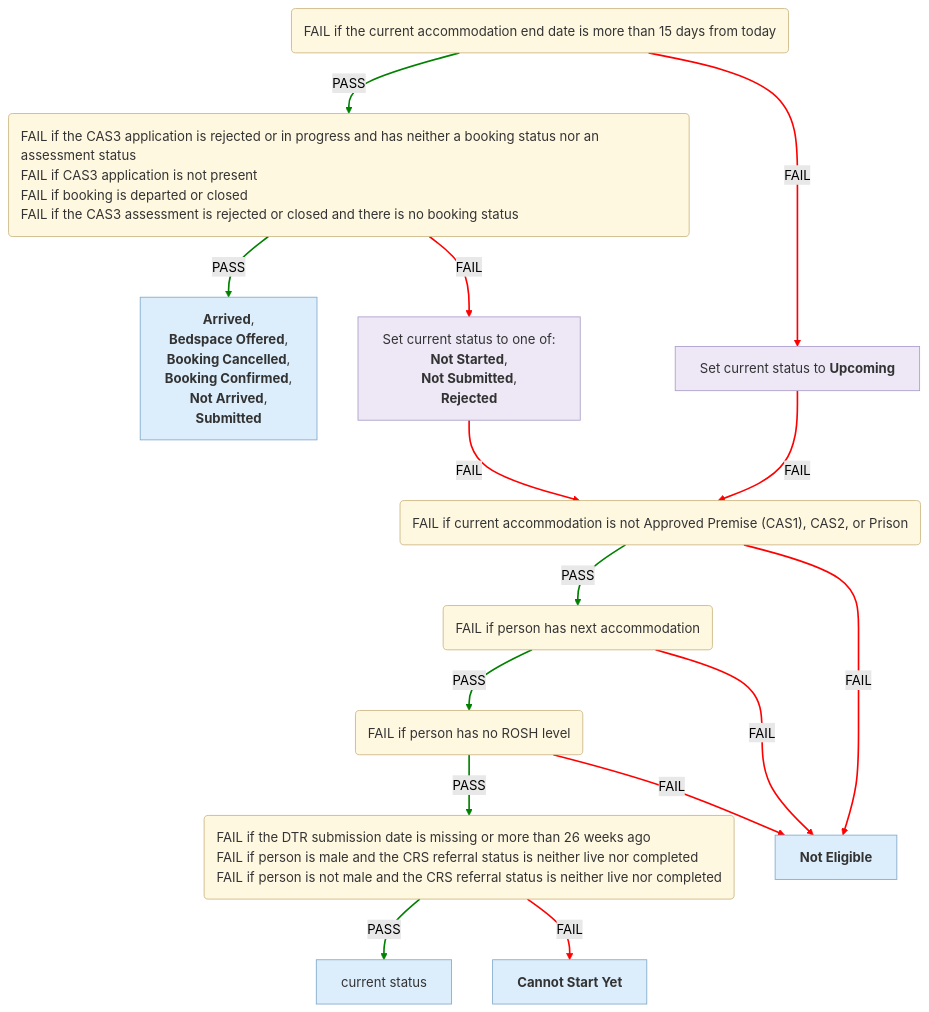
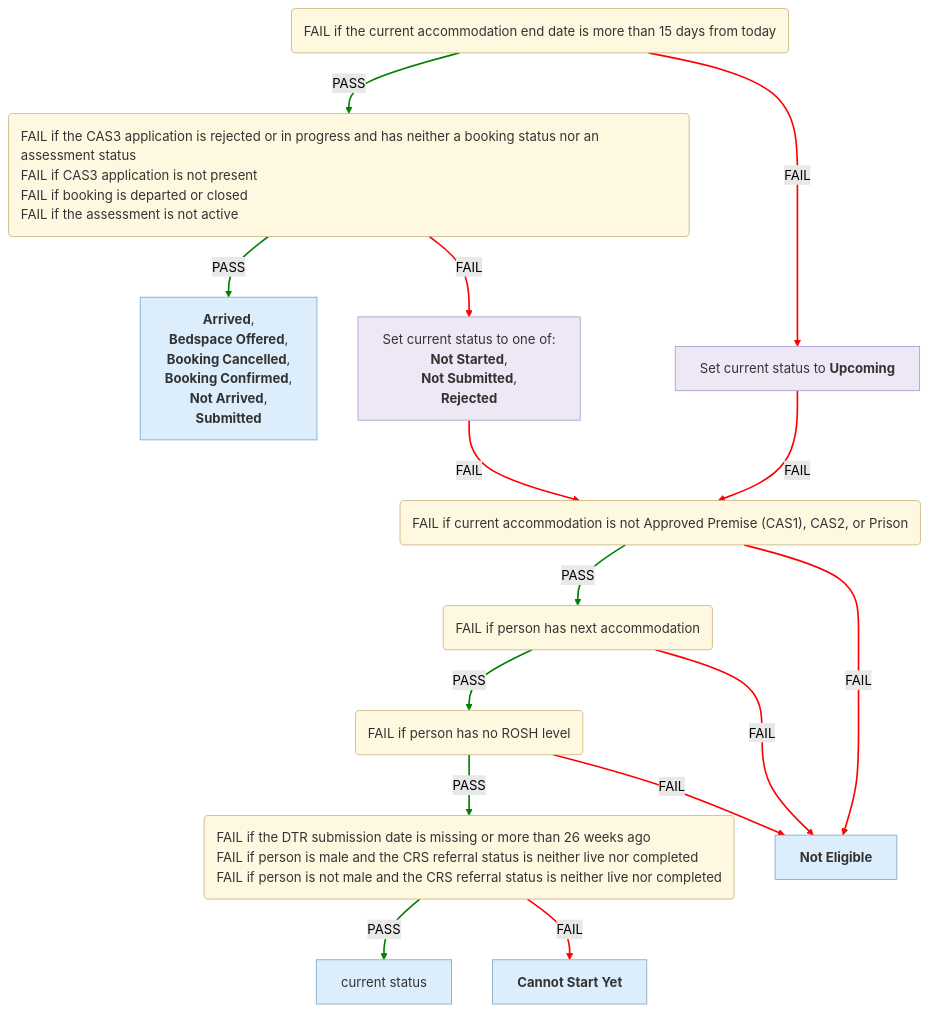
One commit to ministryofjustice/hmpps-single-accommodation-service-api changed the third of 6 diagrams in docs/eligibility-rules-graph.md. Above: the diagram before and after it, drawn with Mermaid (forest theme). The commit also changed other lines of this file, not shown here.

Commit message:
chore/SAS-1544-Make-language-more-natural-for-Fail-descriptions

````diff
--- a/docs/eligibility-rules-graph.md
+++ b/docs/eligibility-rules-graph.md
@@ -332,51 +284,51 @@
 ```mermaid
 %%{init: {"flowchart": {"wrappingWidth": 800}}}%%
 flowchart TD
   Upcoming("<div style='text-align:left'>FAIL if the current accommodation end date is more than 15 days from today</div>")
   Suitability("<div style='text-align:left'>FAIL if the CAS3 application is rejected or in progress and has neither a booking status nor an assessment status
 FAIL if CAS3 application is not present
 FAIL if booking is departed or closed
-FAIL if the CAS3 assessment is rejected or closed and there is no booking status</div>")
+FAIL if the assessment is not active</div>")
   outcome_Cas3CompletionContextUpdater["<b>Arrived</b>,
  <b>Bedspace Offered</b>,
  <b>Booking Cancelled</b>,
  <b>Booking Confirmed</b>,
  <b>Not Arrived</b>,
  <b>Submitted</b>"]
   updater_Cas3SuitabilityContextUpdater["Set current status to one of:
 <b>Not Started</b>,
  <b>Not Submitted</b>,
  <b>Rejected</b>"]
   Eligibility_Current_Accommodation("<div style='text-align:left'>FAIL if current accommodation is not Approved Premise (CAS1), CAS2, or Prison</div>")
   Eligibility_Next_Accommodation("<div style='text-align:left'>FAIL if person has next accommodation</div>")
   Eligibility_Rosh("<div style='text-align:left'>FAIL if person has no ROSH level</div>")
   Prerequisite("<div style='text-align:left'>FAIL if the DTR submission date is missing or more than 26 weeks ago
 FAIL if person is male and the CRS referral status is neither live nor completed
 FAIL if person is not male and the CRS referral status is neither live nor completed</div>")
   confirmed["current status"]
   outcome_Cas3PrerequisiteContextUpdater["<b>Cannot Start Yet</b>"]
   CAS3_NOT_ELIGIBLE["<b>Not Eligible</b>"]
   updater_Cas3UpcomingContextUpdater["Set current status to <b>Upcoming</b>"]
   Suitability -->|PASS| outcome_Cas3CompletionContextUpdater
   Suitability -->|FAIL| updater_Cas3SuitabilityContextUpdater
   Prerequisite -->|PASS| confirmed
   Prerequisite -->|FAIL| outcome_Cas3PrerequisiteContextUpdater
   Eligibility_Rosh -->|PASS| Prerequisite
   Eligibility_Rosh -->|FAIL| CAS3_NOT_ELIGIBLE
   Eligibility_Next_Accommodation -->|PASS| Eligibility_Rosh
   Eligibility_Next_Accommodation -->|FAIL| CAS3_NOT_ELIGIBLE
   Eligibility_Current_Accommodation -->|PASS| Eligibility_Next_Accommodation
   Eligibility_Current_Accommodation -->|FAIL| CAS3_NOT_ELIGIBLE
   updater_Cas3SuitabilityContextUpdater -->|FAIL| Eligibility_Current_Accommodation
   Upcoming -->|PASS| Suitability
   Upcoming -->|FAIL| updater_Cas3UpcomingContextUpdater
   updater_Cas3UpcomingContextUpdater -->|FAIL| Eligibility_Current_Accommodation
   linkStyle 0,2,4,6,8,11 stroke:green,stroke-width:2px
   linkStyle 1,3,5,7,9,10,12,13 stroke:red,stroke-width:2px
   classDef ruleSetNode fill:#FFF8E1,stroke:#C9B37E,color:#333
   classDef outcomeNode fill:#DCEEFB,stroke:#7FA7C9,color:#333
   classDef updaterNode fill:#EDE7F6,stroke:#A99BC9,color:#333
   class Upcoming,Suitability,Eligibility_Current_Accommodation,Eligibility_Next_Accommodation,Eligibility_Rosh,Prerequisite ruleSetNode
   class outcome_Cas3CompletionContextUpdater,confirmed,outcome_Cas3PrerequisiteContextUpdater,CAS3_NOT_ELIGIBLE outcomeNode
   class updater_Cas3SuitabilityContextUpdater,updater_Cas3UpcomingContextUpdater updaterNode
 ```
````
